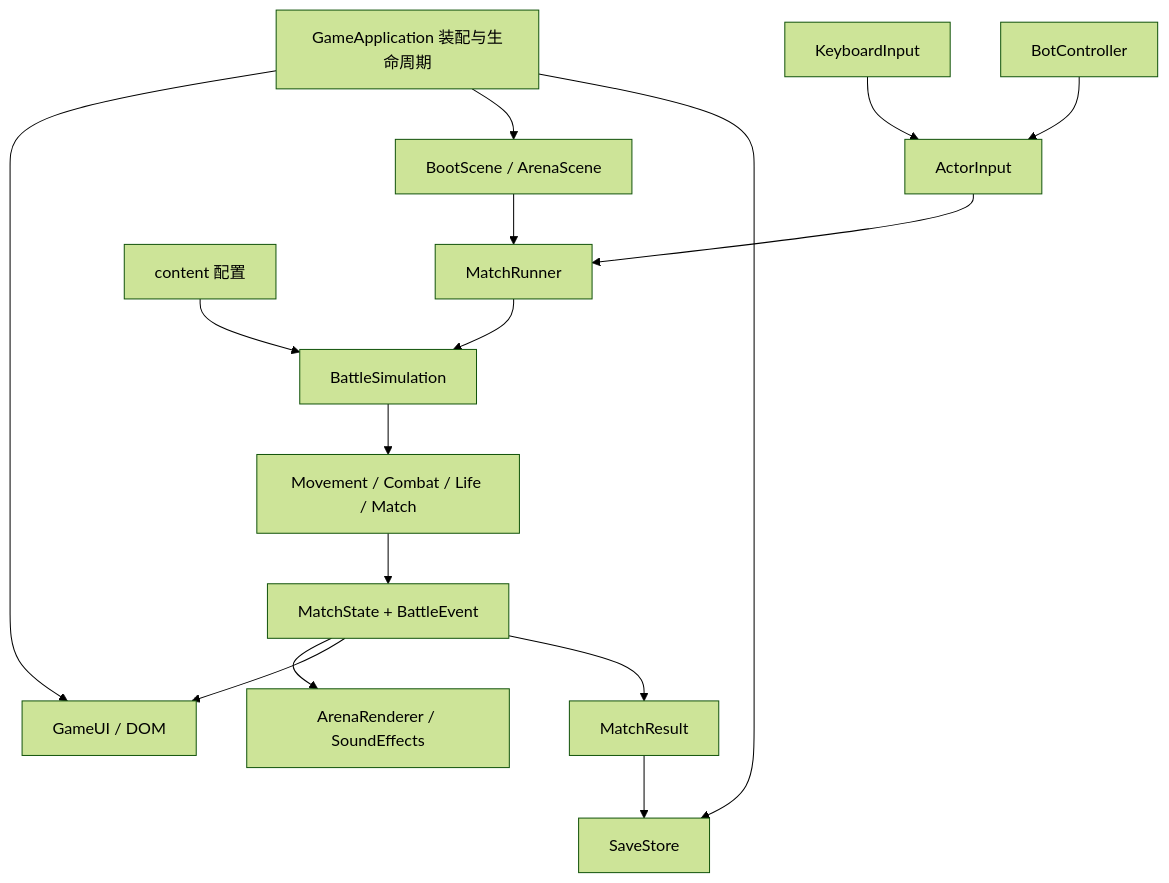
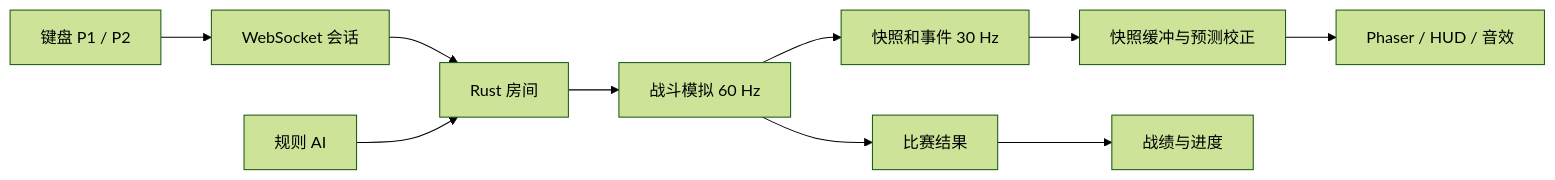
The diagram in docs/ARCHITECTURE.md (aliez-zero/gun-brawl), drawn with Mermaid (forest theme) before and after one commit. The commit also changed other lines of this file and 106 other files, not shown here.

Commit message:
feat(game): run all match modes on the authoritative server

````diff
--- a/docs/ARCHITECTURE.md
+++ b/docs/ARCHITECTURE.md
@@ -24,18 +22,12 @@
 ```mermaid
-flowchart TD
-    App[GameApplication 装配与生命周期] --> UI[GameUI / DOM]
-    App --> Scene[BootScene / ArenaScene]
-    App --> Save[SaveStore]
-    Scene --> Runner[MatchRunner]
-    Keys[KeyboardInput] --> Input[ActorInput]
-    Bot[BotController] --> Input
-    Input --> Runner
-    Runner --> Sim[BattleSimulation]
-    Config[content 配置] --> Sim
-    Sim --> Systems[Movement / Combat / Life / Match]
-    Systems --> State[MatchState + BattleEvent]
-    State --> View[ArenaRenderer / SoundEffects]
-    State --> UI
-    State --> Result[MatchResult]
-    Result --> Save
+flowchart LR
+    Keys[键盘 P1 / P2] --> WS[WebSocket 会话]
+    WS --> Room[Rust 房间]
+    Bot[规则 AI] --> Room
+    Room --> Sim[战斗模拟 60 Hz]
+    Sim --> Snap[快照和事件 30 Hz]
+    Snap --> Net[快照缓冲与预测校正]
+    Net --> View[Phaser / HUD / 音效]
+    Sim --> End[比赛结果]
+    End --> Save[战绩与进度]
 ```
````
